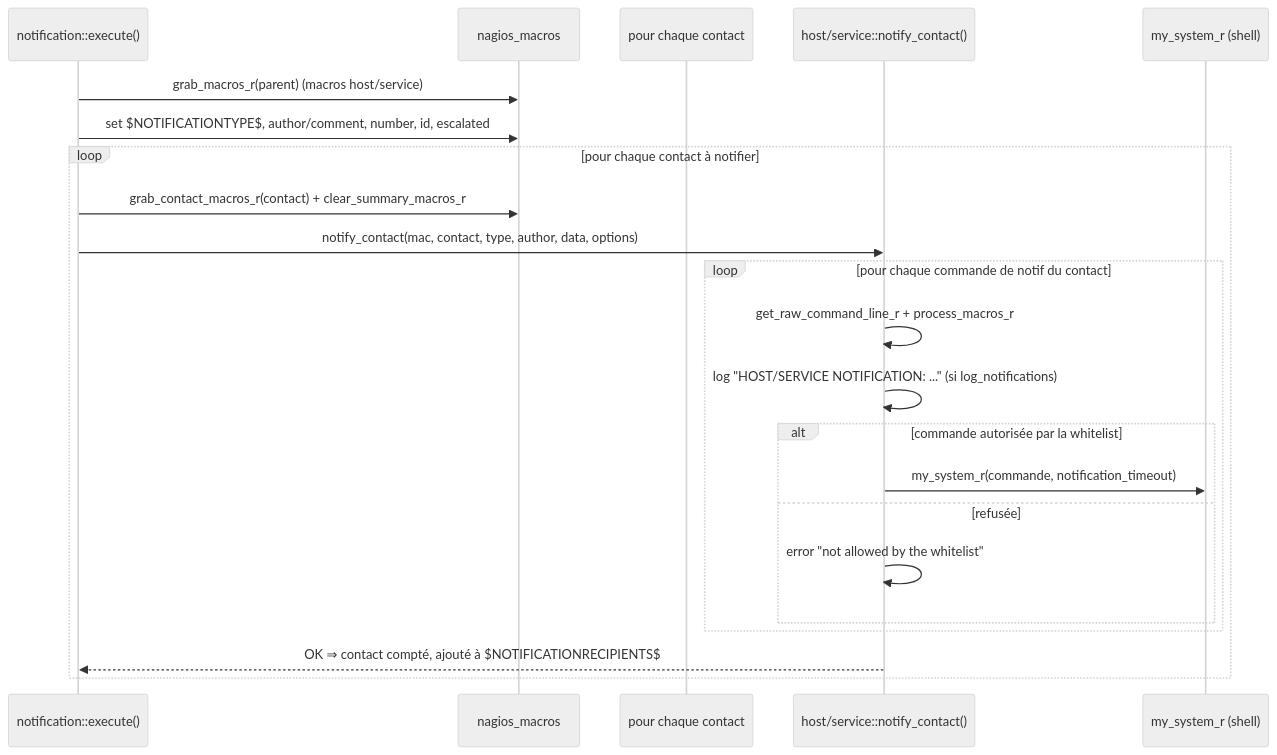
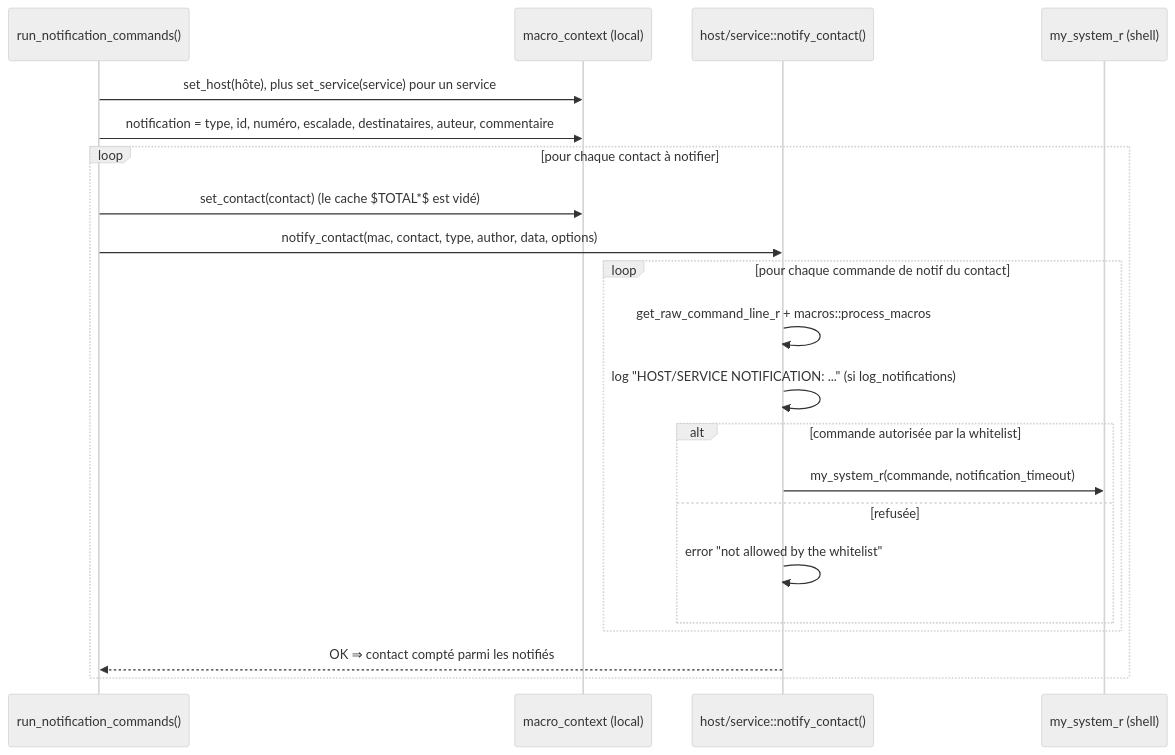
The second of 14 diagrams in doc/notifications-fr.md (centreon/centreon-collect), drawn with Mermaid (neutral theme) before and after one commit. The commit also changed other lines of this file and 3 other files, not shown here.

Commit message:
doc(engine/macros): X stands for the macro name in the syntax tables

````diff
--- a/doc/notifications-fr.md
+++ b/doc/notifications-fr.md
@@ -137,25 +142,24 @@
 ```mermaid
 sequenceDiagram
-    participant N as notification::execute()
-    participant M as nagios_macros
-    participant CT as pour chaque contact
+    participant R as run_notification_commands()
+    participant M as macro_context (local)
     participant NC as host/service::notify_contact()
     participant SH as my_system_r (shell)
 
-    N->>M: grab_macros_r(parent)  (macros host/service)
-    N->>M: set $NOTIFICATIONTYPE$, author/comment, number, id, escalated
+    R->>M: set_host(hôte), plus set_service(service) pour un service
+    R->>M: notification = type, id, numéro, escalade, destinataires, auteur, commentaire
     loop pour chaque contact à notifier
-        N->>M: grab_contact_macros_r(contact) + clear_summary_macros_r
-        N->>NC: notify_contact(mac, contact, type, author, data, options)
+        R->>M: set_contact(contact) (le cache $TOTAL*$ est vidé)
+        R->>NC: notify_contact(mac, contact, type, author, data, options)
         loop pour chaque commande de notif du contact
-            NC->>NC: get_raw_command_line_r + process_macros_r
+            NC->>NC: get_raw_command_line_r + macros::process_macros
             NC->>NC: log "HOST/SERVICE NOTIFICATION: ..." (si log_notifications)
             alt commande autorisée par la whitelist
                 NC->>SH: my_system_r(commande, notification_timeout)
             else refusée
                 NC->>NC: error "not allowed by the whitelist"
             end
         end
-        NC-->>N: OK ⇒ contact compté, ajouté à $NOTIFICATIONRECIPIENTS$
+        NC-->>R: OK ⇒ contact compté parmi les notifiés
     end
 ```
````
